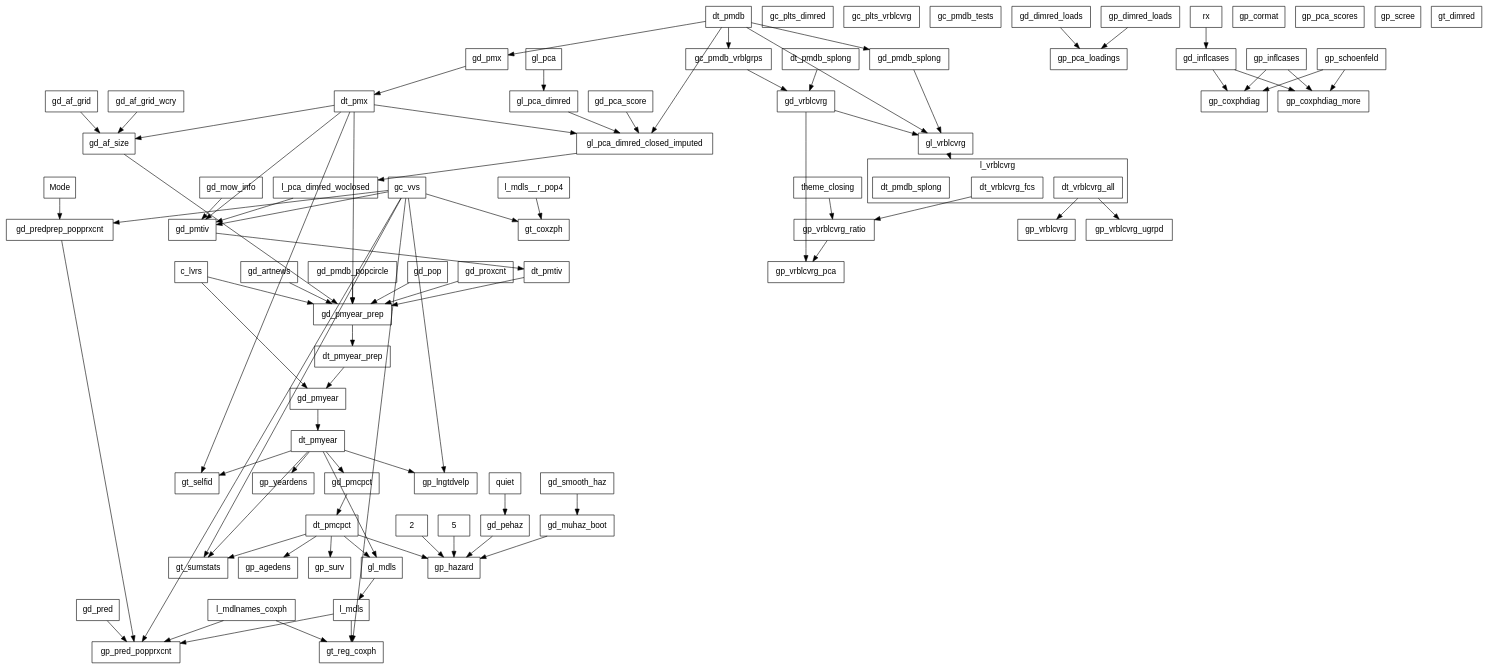
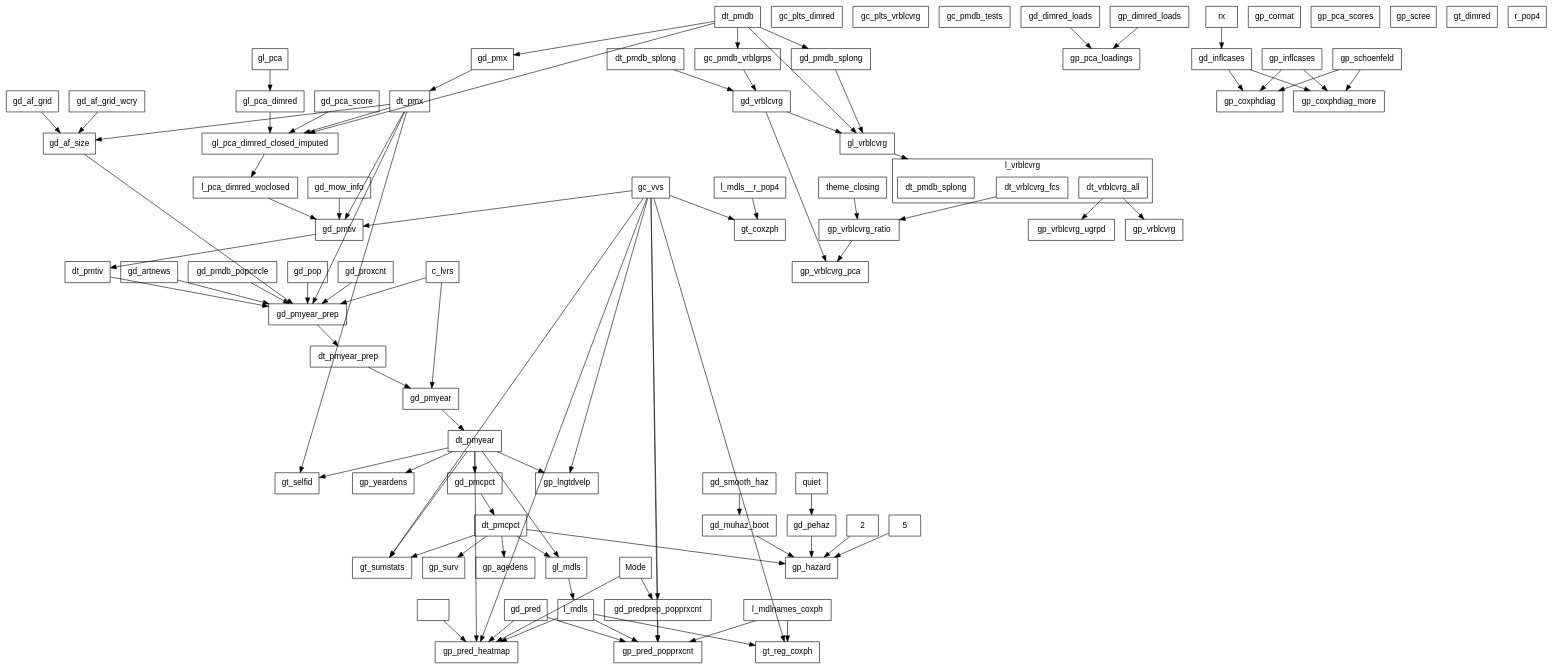
Before and after one commit to swhalemwo/pm_closing: the diagram in misc/callgraph2.dot, drawn with Graphviz. The commit also changed 2 other files, not shown here.

Commit message:
update callgraph/nbrs after adding pop heatmap

```diff
--- a/misc/callgraph2.dot
+++ b/misc/callgraph2.dot
@@ -1,173 +1,181 @@
 digraph D {
  compound = true;
  splines = false; fontname=helvetica;
  node [shape=box, fontsize = 14, fontname=helvetica];
  edge [style = solid];
  
  subgraph cluster_l_vrblcvrg {
  label = "l_vrblcvrg";
  l_vrblcvrg__dt_vrblcvrg_all [label=dt_vrblcvrg_all]; 
 l_vrblcvrg__dt_vrblcvrg_fcs [label=dt_vrblcvrg_fcs]; 
 l_vrblcvrg [label = "", color=transparent, width=0, height=0]; 
 l_vrblcvrg__dt_pmdb_splong [label=dt_pmdb_splong] 
 } 
  gc_plts_dimred; 
 gc_plts_vrblcvrg; 
 gc_pmdb_tests; 
 gc_pmdb_vrblgrps; 
 gc_vvs; 
 gd_af_grid; 
 gd_af_grid_wcry; 
 gd_af_size; 
 gd_artnews; 
 gd_dimred_loads; 
 gd_inflcases; 
 gd_mow_info; 
 gd_muhaz_boot; 
 gd_pca_score; 
 gd_pehaz; 
 gd_pmcpct; 
 gd_pmdb_popcircle; 
 gd_pmdb_splong; 
 gd_pmtiv; 
 gd_pmx; 
 gd_pmyear; 
 gd_pmyear_prep; 
 gd_pop; 
 gd_pred; 
 gd_predprep_popprxcnt; 
 gd_proxcnt; 
 gd_smooth_haz; 
 gd_vrblcvrg; 
 gl_mdls; 
 gl_pca; 
 gl_pca_dimred; 
 gl_pca_dimred_closed_imputed; 
 gl_vrblcvrg; 
 gp_agedens; 
 gp_cormat; 
 gp_coxphdiag; 
 gp_coxphdiag_more; 
 gp_dimred_loads; 
 gp_hazard; 
 gp_inflcases; 
 gp_lngtdvelp; 
 gp_pca_loadings; 
 gp_pca_scores; 
+gp_pred_heatmap; 
 gp_pred_popprxcnt; 
 gp_schoenfeld; 
 gp_scree; 
 gp_surv; 
 gp_vrblcvrg; 
 gp_vrblcvrg_pca; 
 gp_vrblcvrg_ratio; 
 gp_vrblcvrg_ugrpd; 
 gp_yeardens; 
 gt_coxzph; 
 gt_dimred; 
 gt_reg_coxph; 
 gt_selfid; 
 gt_sumstats; 
 Mode; 
 quiet; 
 theme_closing; 
 dt_pmdb; 
 dt_pmdb_splong; 
 dt_pmx; 
 l_pca_dimred_woclosed; 
 dt_pmtiv; 
 c_lvrs; 
 dt_pmyear_prep; 
 dt_pmyear; 
 dt_pmcpct; 
 2; 
 5; 
 rx; 
 l_mdlnames_coxph; 
 l_mdls; 
+""r_pop4""; 
 l_mdls__r_pop4 
- 2 -> gp_hazard; 
+ ""r_pop4"" -> gp_pred_heatmap; 
+2 -> gp_hazard; 
 5 -> gp_hazard; 
 Mode -> gd_predprep_popprxcnt; 
+Mode -> gp_pred_heatmap; 
 c_lvrs -> gd_pmyear; 
 c_lvrs -> gd_pmyear_prep; 
 dt_pmcpct -> gl_mdls; 
 dt_pmcpct -> gp_agedens; 
 dt_pmcpct -> gp_hazard; 
 dt_pmcpct -> gp_surv; 
 dt_pmcpct -> gt_sumstats; 
 dt_pmdb -> gc_pmdb_vrblgrps; 
 dt_pmdb -> gd_pmdb_splong; 
 dt_pmdb -> gd_pmx; 
 dt_pmdb -> gl_pca_dimred_closed_imputed; 
 dt_pmdb -> gl_vrblcvrg; 
 dt_pmdb_splong -> gd_vrblcvrg; 
 dt_pmtiv -> gd_pmyear_prep; 
 dt_pmx -> gd_af_size; 
 dt_pmx -> gd_pmtiv; 
 dt_pmx -> gd_pmyear_prep; 
 dt_pmx -> gl_pca_dimred_closed_imputed; 
 dt_pmx -> gt_selfid; 
 dt_pmyear -> gd_pmcpct; 
 dt_pmyear -> gl_mdls; 
 dt_pmyear -> gp_lngtdvelp; 
+dt_pmyear -> gp_pred_heatmap; 
 dt_pmyear -> gp_yeardens; 
 dt_pmyear -> gt_selfid; 
 dt_pmyear -> gt_sumstats; 
 dt_pmyear_prep -> gd_pmyear; 
 gc_pmdb_vrblgrps -> gd_vrblcvrg; 
 gc_vvs -> gd_pmtiv; 
 gc_vvs -> gd_predprep_popprxcnt; 
 gc_vvs -> gp_lngtdvelp; 
+gc_vvs -> gp_pred_heatmap; 
 gc_vvs -> gp_pred_popprxcnt; 
 gc_vvs -> gt_coxzph; 
 gc_vvs -> gt_reg_coxph; 
 gc_vvs -> gt_sumstats; 
 gd_af_grid -> gd_af_size; 
 gd_af_grid_wcry -> gd_af_size; 
 gd_af_size -> gd_pmyear_prep; 
 gd_artnews -> gd_pmyear_prep; 
 gd_dimred_loads -> gp_pca_loadings; 
 gd_inflcases -> gp_coxphdiag; 
 gd_inflcases -> gp_coxphdiag_more; 
 gd_mow_info -> gd_pmtiv; 
 gd_muhaz_boot -> gp_hazard; 
 gd_pca_score -> gl_pca_dimred_closed_imputed; 
 gd_pehaz -> gp_hazard; 
 gd_pmcpct -> dt_pmcpct; 
 gd_pmdb_popcircle -> gd_pmyear_prep; 
 gd_pmdb_splong -> gl_vrblcvrg; 
 gd_pmtiv -> dt_pmtiv; 
 gd_pmx -> dt_pmx; 
 gd_pmyear -> dt_pmyear; 
 gd_pmyear_prep -> dt_pmyear_prep; 
 gd_pop -> gd_pmyear_prep; 
+gd_pred -> gp_pred_heatmap; 
 gd_pred -> gp_pred_popprxcnt; 
 gd_predprep_popprxcnt -> gp_pred_popprxcnt; 
 gd_proxcnt -> gd_pmyear_prep; 
 gd_smooth_haz -> gd_muhaz_boot; 
 gd_vrblcvrg -> gl_vrblcvrg; 
 gd_vrblcvrg -> gp_vrblcvrg_pca; 
 gl_mdls -> l_mdls; 
 gl_pca -> gl_pca_dimred; 
 gl_pca_dimred -> gl_pca_dimred_closed_imputed; 
 gl_pca_dimred_closed_imputed -> l_pca_dimred_woclosed; 
 gl_vrblcvrg -> l_vrblcvrg[lhead=cluster_l_vrblcvrg,ltail=gl_vrblcvrg]; 
 gp_dimred_loads -> gp_pca_loadings; 
 gp_inflcases -> gp_coxphdiag; 
 gp_inflcases -> gp_coxphdiag_more; 
 gp_schoenfeld -> gp_coxphdiag; 
 gp_schoenfeld -> gp_coxphdiag_more; 
 gp_vrblcvrg_ratio -> gp_vrblcvrg_pca; 
 l_mdlnames_coxph -> gp_pred_popprxcnt; 
 l_mdlnames_coxph -> gt_reg_coxph; 
+l_mdls -> gp_pred_heatmap; 
 l_mdls -> gp_pred_popprxcnt; 
 l_mdls -> gt_reg_coxph; 
 l_mdls__r_pop4 -> gt_coxzph; 
 l_pca_dimred_woclosed -> gd_pmtiv; 
 l_vrblcvrg__dt_vrblcvrg_all -> gp_vrblcvrg; 
 l_vrblcvrg__dt_vrblcvrg_all -> gp_vrblcvrg_ugrpd; 
 l_vrblcvrg__dt_vrblcvrg_fcs -> gp_vrblcvrg_ratio; 
 quiet -> gd_pehaz; 
 rx -> gd_inflcases; 
 theme_closing -> gp_vrblcvrg_ratio }
```
